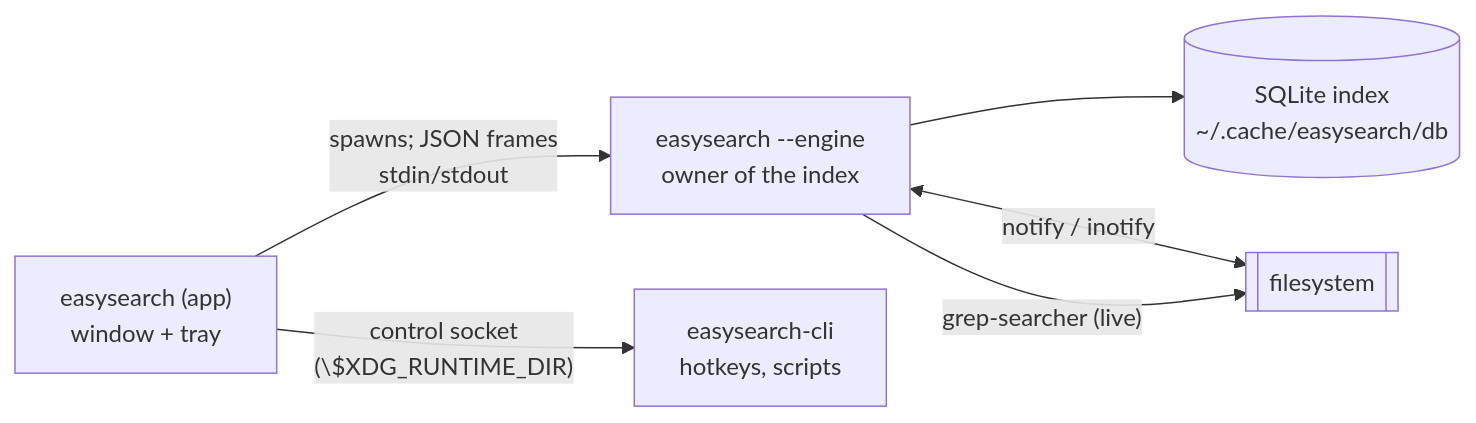
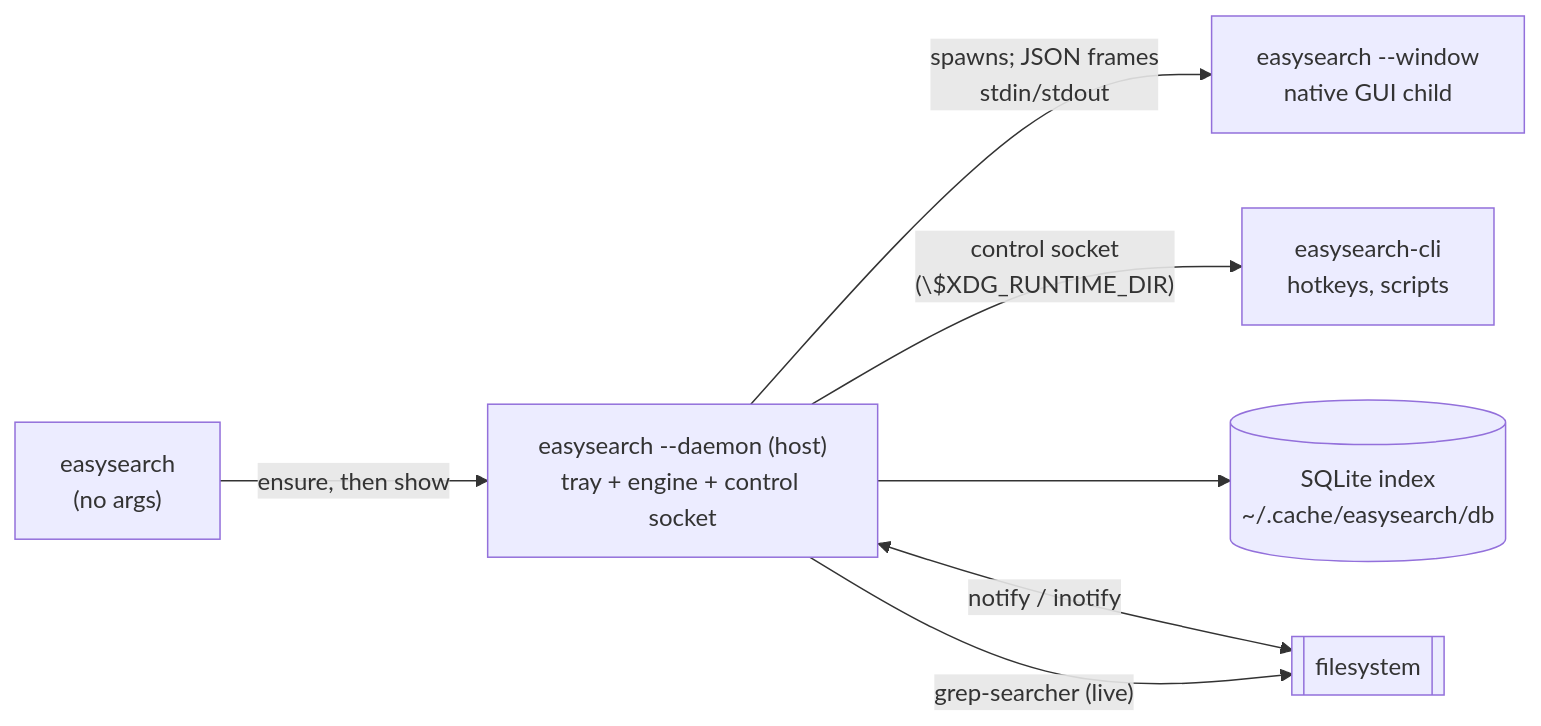
Before and after one commit to mahmadmujtaba/easysearch: the diagram in docs/scope.md, drawn with Mermaid. The commit also changed other lines of this file and 18 other files, not shown here.

````diff
--- a/docs/scope.md
+++ b/docs/scope.md
@@ -37,8 +39,9 @@
 ```mermaid
 flowchart LR
-    App["easysearch (app)\nwindow + tray"] -- "spawns; JSON frames\nstdin/stdout" --> Engine["easysearch --engine\nowner of the index"]
-    App -- "control socket\n(\$XDG_RUNTIME_DIR)" --> Other["easysearch-cli\nhotkeys, scripts"]
-    Engine --> DB[("SQLite index\n~/.cache/easysearch/db")]
-    Engine <-- "notify / inotify" --> FS[["filesystem"]]
-    Engine -- "grep-searcher (live)" --> FS
+    Launcher["easysearch\n(no args)"] -- "ensure, then show" --> Host
+    Host["easysearch --daemon (host)\ntray + engine + control socket"] -- "spawns; JSON frames\nstdin/stdout" --> Win["easysearch --window\nnative GUI child"]
+    Host -- "control socket\n(\$XDG_RUNTIME_DIR)" --> Other["easysearch-cli\nhotkeys, scripts"]
+    Host --> DB[("SQLite index\n~/.cache/easysearch/db")]
+    Host <-- "notify / inotify" --> FS[["filesystem"]]
+    Host -- "grep-searcher (live)" --> FS
 ```
````
